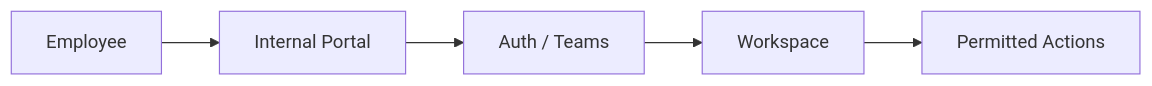
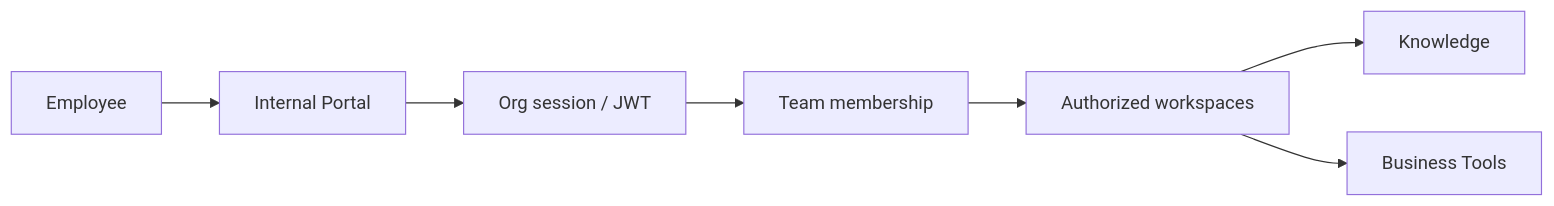
Before and after one commit to qefro-ai/qefro-documentation: the diagram in docs/platform/employee-ai.mdx, drawn with Mermaid. The commit also changed other lines of this file and 46 other files, not shown here.

````diff
--- a/docs/platform/employee-ai.mdx
+++ b/docs/platform/employee-ai.mdx
@@ -37,7 +40,9 @@
 ```mermaid
 flowchart LR
   Emp[Employee] --> Portal[Internal Portal]
-  Portal --> Auth[Auth / Teams]
-  Auth --> WS[Workspace]
-  WS --> Actions[Permitted Actions]
+  Portal --> Auth[Org session / JWT]
+  Auth --> Teams[Team membership]
+  Teams --> WS[Authorized workspaces]
+  WS --> RAG[Knowledge]
+  WS --> Tools[Business Tools]
 ```
````
